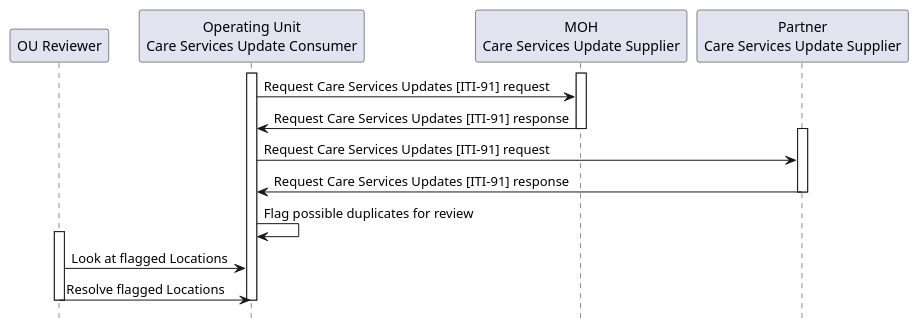
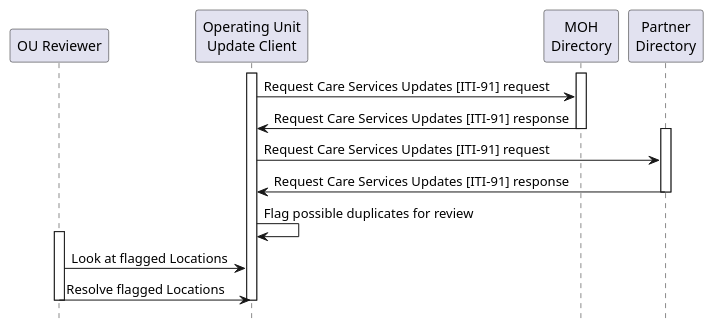
One commit to IHE/ITI.mCSD changed the diagram in input/images-source/usecase3-processflow.plantuml. Above: the diagram before and after it, drawn with PlantUML. The commit also changed 9 other files, not shown here.

Commit message:
Updated transaction and use case diagrams for the new actor names.

```diff
--- a/input/images-source/usecase3-processflow.plantuml
+++ b/input/images-source/usecase3-processflow.plantuml
@@ -1,28 +1,28 @@
 @startuml
 hide footbox
 participant "OU Reviewer" as Reviewer
-participant "Operating Unit\nCare Services Update Consumer" as OU
-participant "MOH\nCare Services Update Supplier" as MOH
-participant "Partner\nCare Services Update Supplier" as Partner
+participant "Operating Unit\nUpdate Client" as OU
+participant "MOH\nDirectory" as MOH
+participant "Partner\nDirectory" as Partner
 
 activate OU
 
 activate MOH
 OU -> MOH: Request Care Services Updates [ITI-91] request
 MOH -> OU: Request Care Services Updates [ITI-91] response
 deactivate MOH
 
 activate Partner
 OU -> Partner: Request Care Services Updates [ITI-91] request
 Partner -> OU: Request Care Services Updates [ITI-91] response
 deactivate Partner
 
 OU -> OU: Flag possible duplicates for review
 
 activate Reviewer
 Reviewer -> OU: Look at flagged Locations
 Reviewer -> OU: Resolve flagged Locations
 deactivate Reviewer
 deactivate OU
 
 @enduml
```
